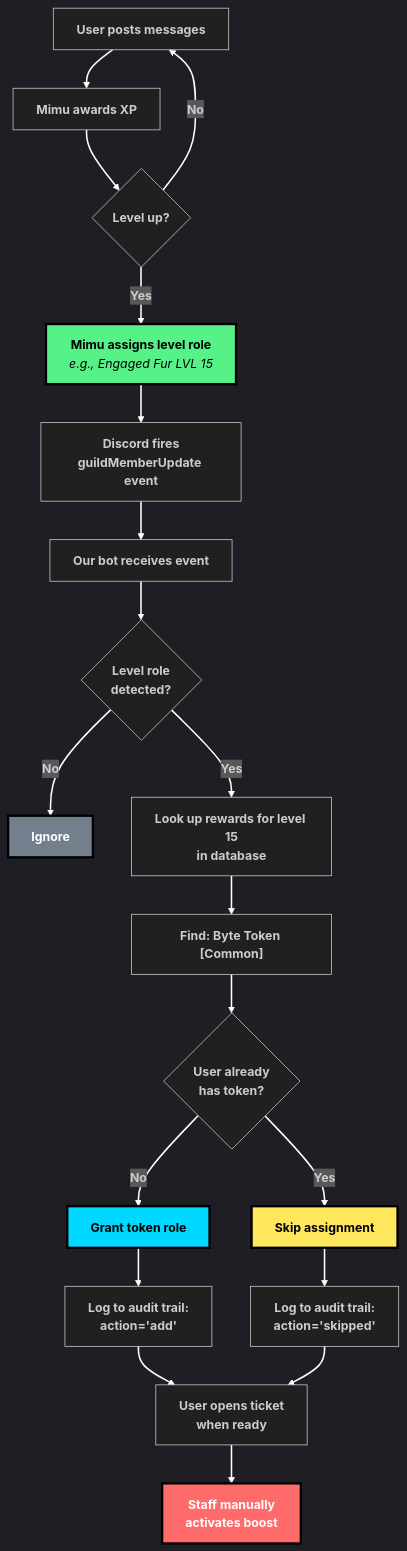
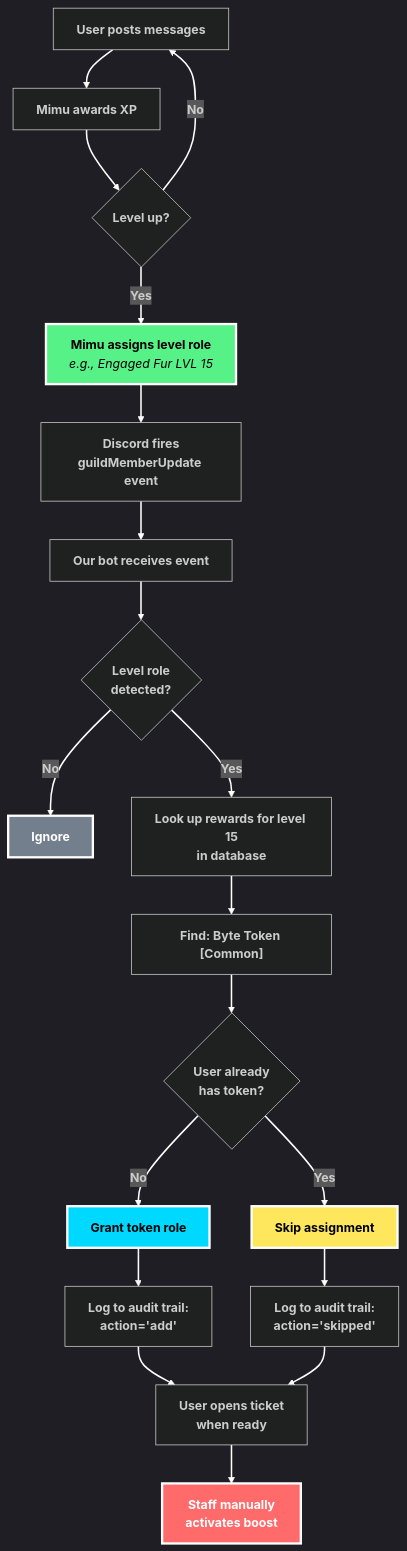
The fourth of 8 diagrams in docs/roadmap/ROLE_AUTOMATION_PLAN.md (watchthelight/pawtech-v2), drawn with Mermaid before and after one commit. The commit also changed other lines of this file, not shown here.

````diff
--- a/docs/roadmap/ROLE_AUTOMATION_PLAN.md
+++ b/docs/roadmap/ROLE_AUTOMATION_PLAN.md
@@ -412,30 +412,30 @@
 ```mermaid
 %%{init: {'theme':'dark', 'themeVariables': { 'fontSize':'16px'}}}%%
 flowchart TD
     A["<b>User posts messages</b>"] --> B["<b>Mimu awards XP</b>"]
     B --> C{"<b>Level up?</b>"}
     C -->|"<b>Yes</b>"| D["<b>Mimu assigns level role</b><br/><i>e.g., Engaged Fur LVL 15</i>"]
     C -->|"<b>No</b>"| A
     D --> E["<b>Discord fires</b><br/><b>guildMemberUpdate event</b>"]
     E --> F["<b>Our bot receives event</b>"]
     F --> G{"<b>Level role<br/>detected?</b>"}
     G -->|"<b>No</b>"| Z["<b>Ignore</b>"]
     G -->|"<b>Yes</b>"| H["<b>Look up rewards for level 15</b><br/><b>in database</b>"]
     H --> I["<b>Find: Byte Token [Common]</b>"]
     I --> J{"<b>User already<br/>has token?</b>"}
     J -->|"<b>No</b>"| K["<b>Grant token role</b>"]
     J -->|"<b>Yes</b>"| L["<b>Skip assignment</b>"]
     K --> M["<b>Log to audit trail:</b><br/><b>action='add'</b>"]
     L --> N["<b>Log to audit trail:</b><br/><b>action='skipped'</b>"]
     M --> O["<b>User opens ticket<br/>when ready</b>"]
     N --> O
     O --> P["<b>Staff manually<br/>activates boost</b>"]
 
-    style D fill:#57F287,stroke:#000,stroke-width:3px,color:#000
-    style K fill:#00D9FF,stroke:#000,stroke-width:3px,color:#000
-    style L fill:#FEE75C,stroke:#000,stroke-width:3px,color:#000
-    style P fill:#FF6B6B,stroke:#000,stroke-width:3px,color:#fff
-    style Z fill:#747F8D,stroke:#000,stroke-width:3px,color:#fff
+    style D fill:#57F287,stroke:#fff,stroke-width:3px,color:#000
+    style K fill:#00D9FF,stroke:#fff,stroke-width:3px,color:#000
+    style L fill:#FEE75C,stroke:#fff,stroke-width:3px,color:#000
+    style P fill:#FF6B6B,stroke:#fff,stroke-width:3px,color:#fff
+    style Z fill:#747F8D,stroke:#fff,stroke-width:3px,color:#fff
 
     linkStyle default stroke:#fff,stroke-width:2px
 ```
````
